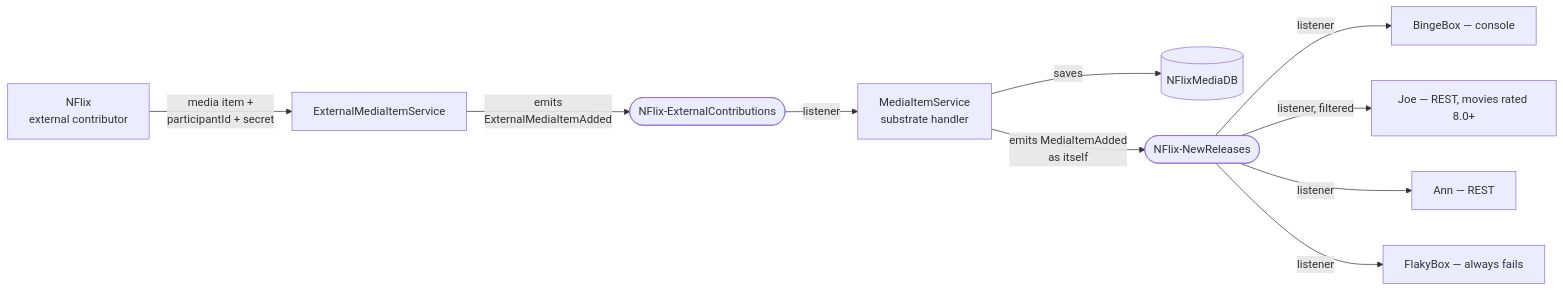
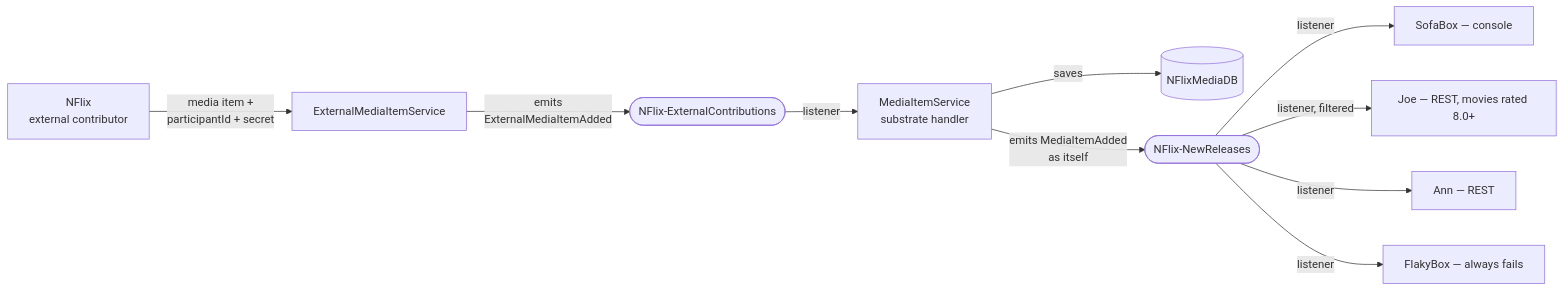
The second of 4 diagrams in EventHighway.ClientV2.SubstrateApp/README.md (The-Standard-Organization/EventHighway), drawn with Mermaid before and after one commit. The commit also changed other lines of this file and 8 other files, not shown here.

````diff
--- a/EventHighway.ClientV2.SubstrateApp/README.md
+++ b/EventHighway.ClientV2.SubstrateApp/README.md
@@ -71,12 +71,12 @@
 ```mermaid
 flowchart LR
     NFLIX["NFlix<br/>external contributor"] -->|"media item +<br/>participantId + secret"| EXT["ExternalMediaItemService"]
     EXT -->|"emits<br/>ExternalMediaItemAdded"| A1(["NFlix-ExternalContributions"])
     A1 -->|"listener"| MIS["MediaItemService<br/>substrate handler"]
     MIS -->|"saves"| CAT[("NFlixMediaDB")]
     MIS -->|"emits MediaItemAdded<br/>as itself"| A2(["NFlix-NewReleases"])
-    A2 -->|"listener"| BB["BingeBox — console"]
+    A2 -->|"listener"| BB["SofaBox — console"]
     A2 -->|"listener, filtered"| JOE["Joe — REST, movies rated 8.0+"]
     A2 -->|"listener"| ANN["Ann — REST"]
     A2 -->|"listener"| FB["FlakyBox — always fails"]
 ```
````
